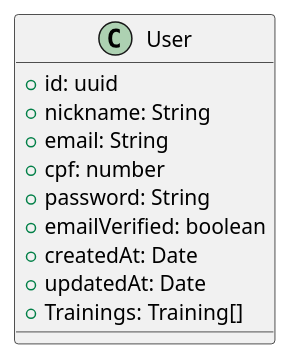
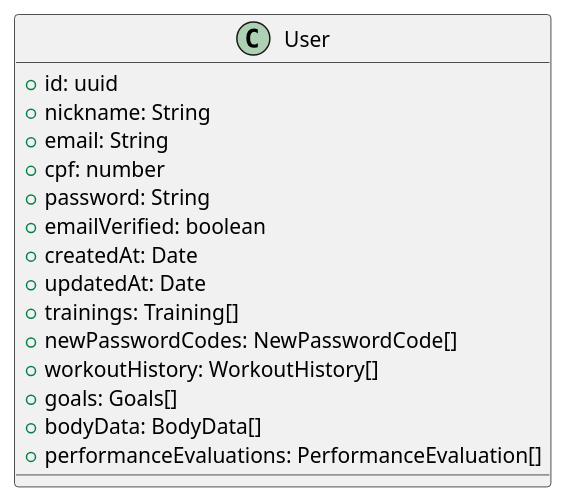
One commit to LucasReisV1337/api-gym changed the diagram in uml/User/entity.wsd. Above: the diagram before and after it, drawn with PlantUML. The commit also changed 22 other files, not shown here.

```diff
--- a/uml/User/entity.wsd
+++ b/uml/User/entity.wsd
@@ -1,15 +1,20 @@
 @startuml
 
 class User {
   + id: uuid
   + nickname: String
   + email: String
   + cpf: number
   + password: String
   + emailVerified: boolean
   + createdAt: Date
   + updatedAt: Date
-  + Trainings: Training[]
+  + trainings: Training[]
+  + newPasswordCodes: NewPasswordCode[]
+  + workoutHistory: WorkoutHistory[]
+  + goals: Goals[]
+  + bodyData: BodyData[]
+  + performanceEvaluations: PerformanceEvaluation[]
 }
 
 @enduml
```
